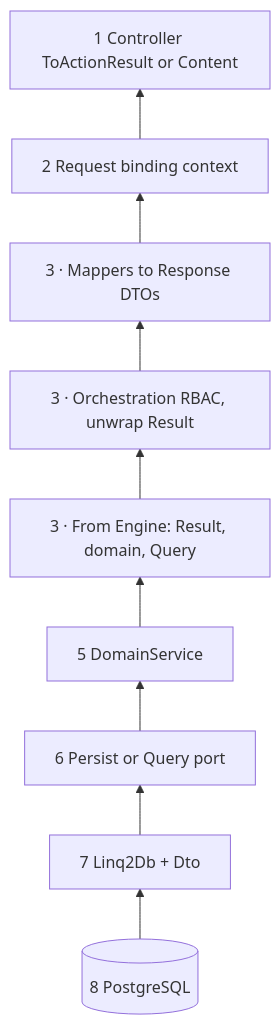
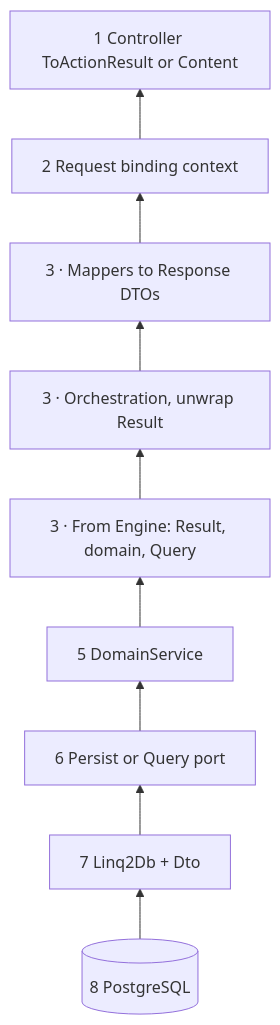
Before and after one commit to MAKS-IT-COM/maksit-certs-ui: the second of 4 diagrams in assets/docs/ARCHITECTURE_LAYERING.md, drawn with Mermaid. The commit also changed other lines of this file and 309 other files, not shown here.

Commit message:
(bugfix): full allignment to MaksIT.Vault architecture

````diff
--- a/assets/docs/ARCHITECTURE_LAYERING.md
+++ b/assets/docs/ARCHITECTURE_LAYERING.md
@@ -88,5 +88,5 @@
 ```mermaid
 %% Spine inbound: response 8 to 1 toward HTTP
 flowchart BT
-  i8[(8 PostgreSQL)] --> i7["7 Linq2Db + Dto"] --> i6["6 Persist or Query port"] --> i5["5 DomainService"] --> i_from["3 · From Engine: Result, domain, Query"] --> i_orch["3 · Orchestration RBAC, unwrap Result"] --> i_map["3 · Mappers to Response DTOs"] --> i2["2 Request binding context"] --> i1["1 Controller ToActionResult or Content"]
+  i8[(8 PostgreSQL)] --> i7["7 Linq2Db + Dto"] --> i6["6 Persist or Query port"] --> i5["5 DomainService"] --> i_from["3 · From Engine: Result, domain, Query"] --> i_orch["3 · Orchestration, unwrap Result"] --> i_map["3 · Mappers to Response DTOs"] --> i2["2 Request binding context"] --> i1["1 Controller ToActionResult or Content"]
 ```
````
